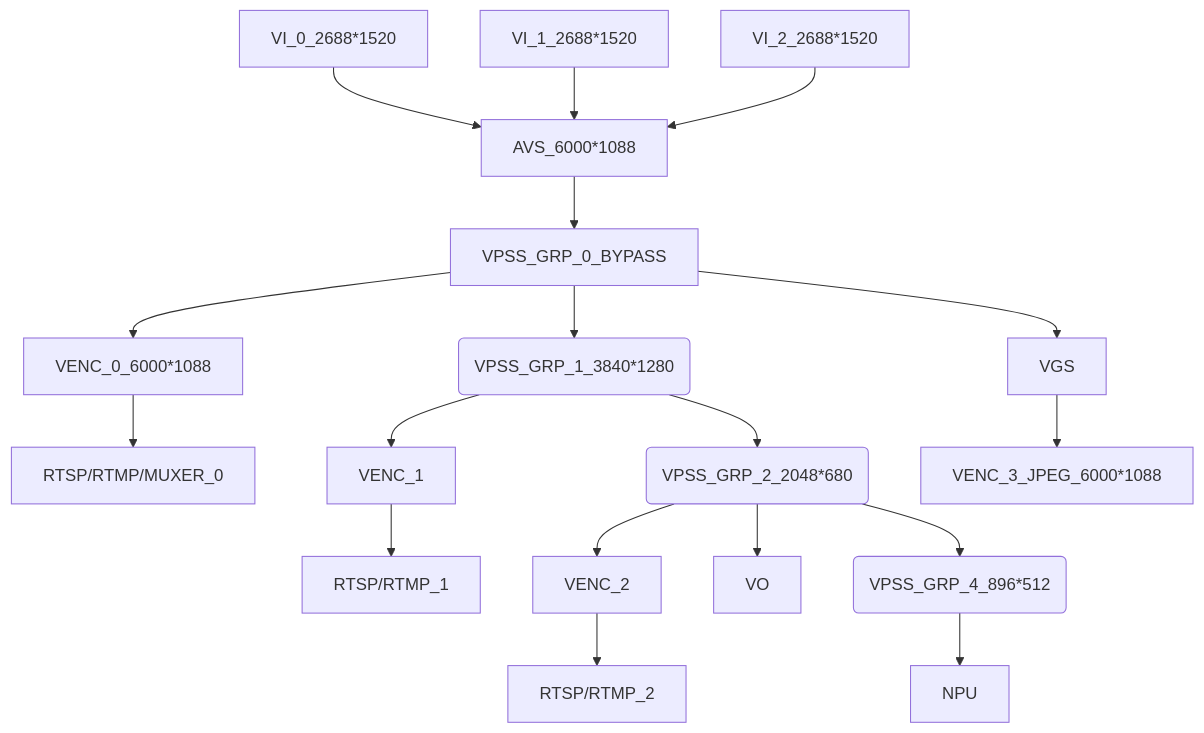
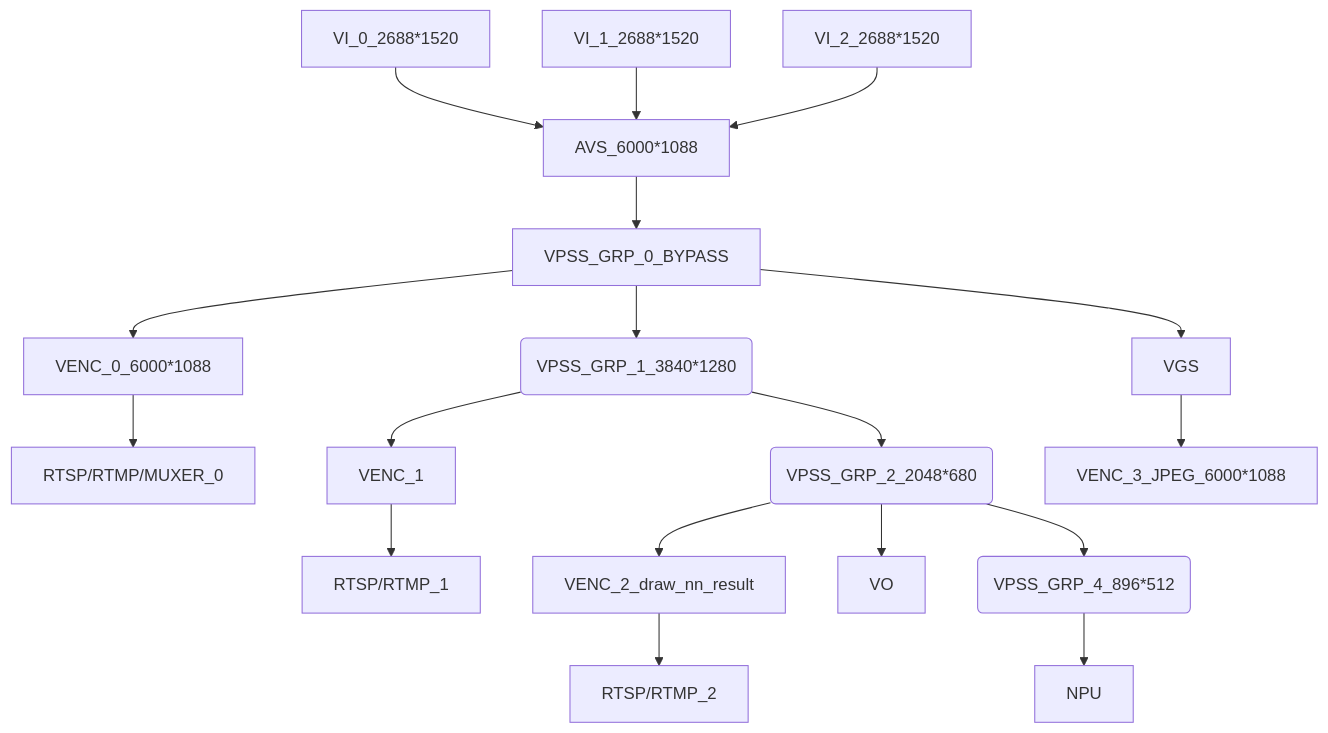
Diagram 16 of 16 in docs/Rockchip_Developer_Guide_Linux_RKIPC_CN.md (khadas/app_rkipc), drawn with Mermaid before and after one commit. The commit also changed other lines of this file and 6 other files, not shown here.

````diff
--- a/docs/Rockchip_Developer_Guide_Linux_RKIPC_CN.md
+++ b/docs/Rockchip_Developer_Guide_Linux_RKIPC_CN.md
@@ -344,13 +344,13 @@
 ```mermaid
 graph TB
 	VI_0[VI_0_2688*1520]-->AVS[AVS_6000*1088]
 	VI_1[VI_1_2688*1520]-->AVS
 	VI_2[VI_2_2688*1520]-->AVS
 	AVS-->VPSS_GRP_0_BYPASS-->VENC_0_6000*1088-->RTSP/RTMP/MUXER_0
 	VPSS_GRP_0_BYPASS-->VPSS_GRP_1(VPSS_GRP_1_3840*1280)
 	VPSS_GRP_1-->VENC_1-->RTSP/RTMP_1
-	VPSS_GRP_1-->VPSS_GRP_2(VPSS_GRP_2_2048*680)-->VENC_2-->RTSP/RTMP_2
+	VPSS_GRP_1-->VPSS_GRP_2(VPSS_GRP_2_2048*680)-->VENC_2_draw_nn_result-->RTSP/RTMP_2
 	VPSS_GRP_2-->VO
 	VPSS_GRP_2-->VPSS_GRP_4(VPSS_GRP_4_896*512)-->NPU
 	VPSS_GRP_0_BYPASS-->VGS-->VENC_3_JPEG_6000*1088
 ```
````
